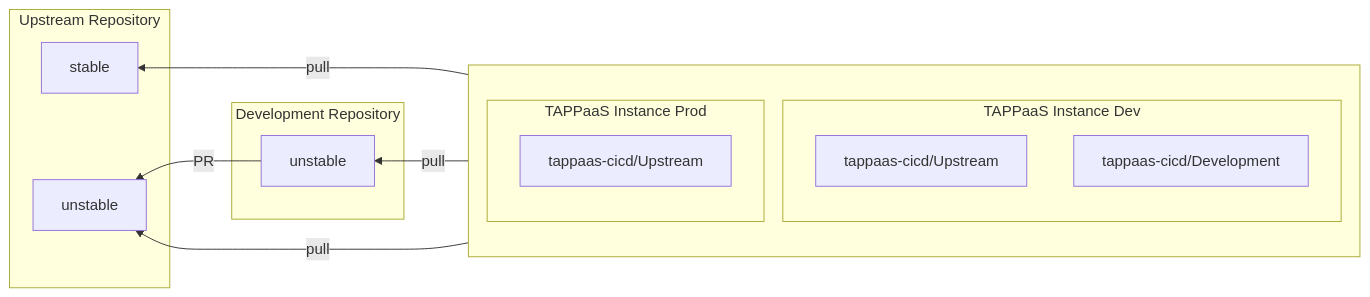
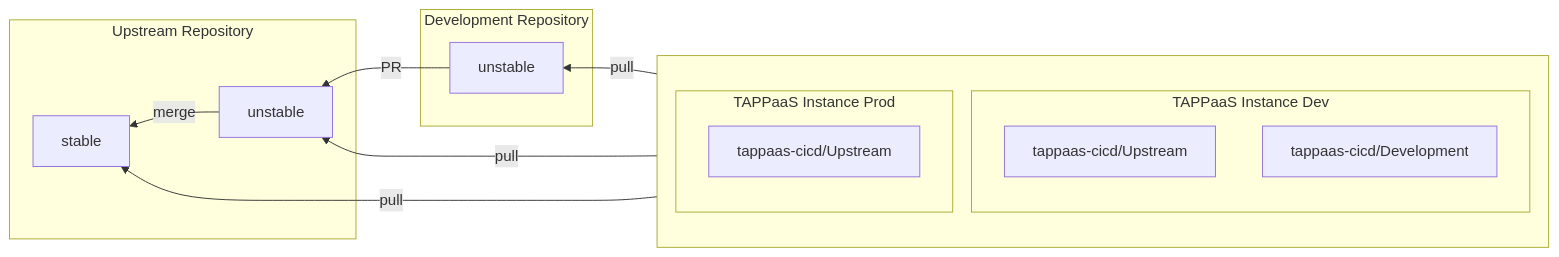
The fifth of 5 diagrams in docs/architecture/cicd-design/git-structure.md (TAPPaaS/Documentation), drawn with Mermaid before and after one commit.

Commit message:
merge introduces in picture

````diff
--- a/docs/architecture/cicd-design/git-structure.md
+++ b/docs/architecture/cicd-design/git-structure.md
@@ -151,26 +151,27 @@
 ```mermaid
 flowchart RL
     subgraph Development[Development Repository]
         dev_unstable[unstable]
     end
     subgraph Upstream[Upstream Repository]
         up_stable[stable]
         up_unstable[unstable]
+        up_unstable --> |merge| up_stable
     end
 
     subgraph Instances[" "]
         direction TB
         subgraph InstanceDev[TAPPaaS Instance Dev]
             localDev[tappaas-cicd/Upstream]
             localDev_dev[tappaas-cicd/Development]
         end
         subgraph InstanceProd[TAPPaaS Instance Prod]
             localProd[tappaas-cicd/Upstream]
         end
     end
 
     localProd -->|pull| up_stable
     localDev -->|pull| up_unstable
     localDev_dev -->|pull| dev_unstable
     dev_unstable --> |PR| up_unstable
 ```
````
